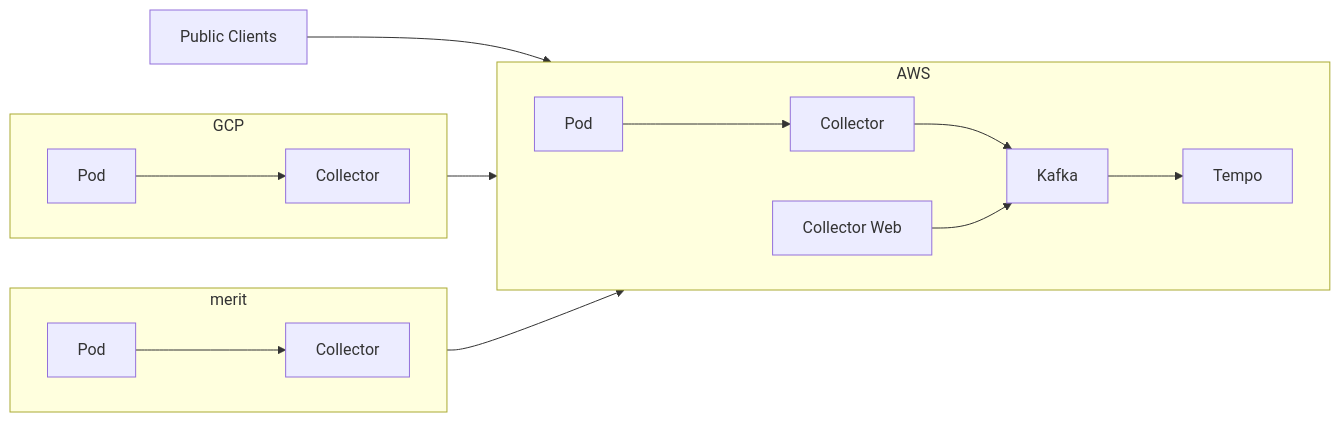
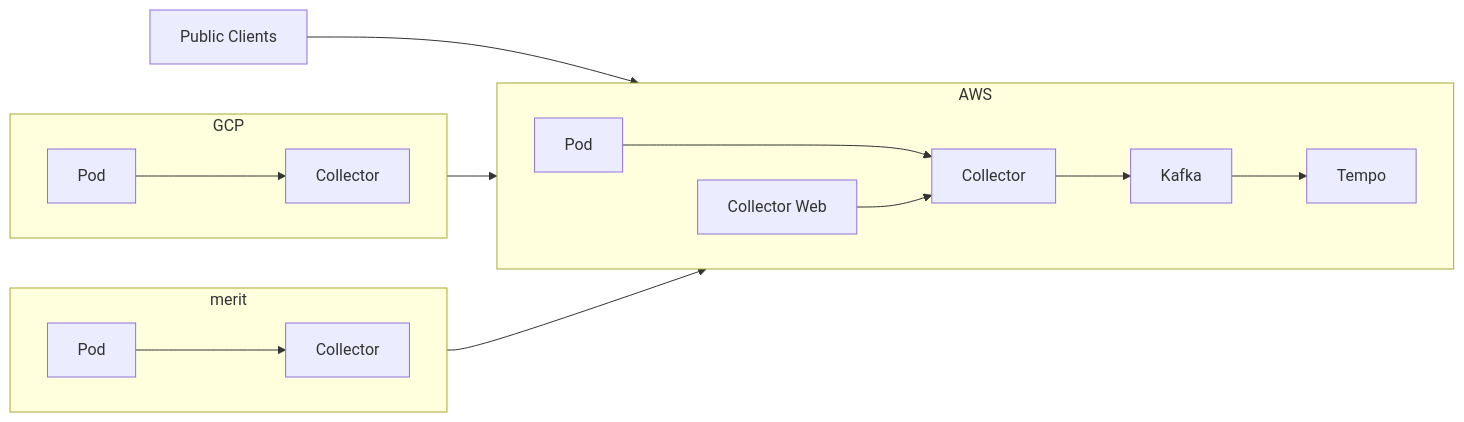
One commit to utilitywarehouse/opentelemetry-manifests changed the second of 2 diagrams in README.md. Above: the diagram before and after it, drawn with Mermaid.

Commit message:
Update output for collector-web in diagram
The `collector-web` outputs to the `collector` in AWS, not directly to
Kafka

````diff
--- a/README.md
+++ b/README.md
@@ -57,30 +57,30 @@
 ``` mermaid
 flowchart LR
     subgraph aws[AWS]
     direction LR
         CollectorAWS[Collector]
         CollectorAWSWeb[Collector Web]
         KafkaAWS[Kafka]
         Tempo
 
         PodAWS[Pod] ---> CollectorAWS
         CollectorAWS --> KafkaAWS
-        CollectorAWSWeb --> KafkaAWS
+        CollectorAWSWeb --> CollectorAWS
         KafkaAWS --> Tempo
     end aws
 
     subgraph merit[merit]
     direction LR
         PodMerit[Pod] ---> CollectorMerit[Collector]
         CollectorMerit --> KafkaAWS
     end merit
 
     subgraph gcp[GCP]
     direction LR
         PodGCP[Pod] ---> CollectorGCP[Collector]
         CollectorGCP --> KafkaAWS
     end gcp
 
 
     PublicClients[Public Clients] --> CollectorAWSWeb
 ```
````
